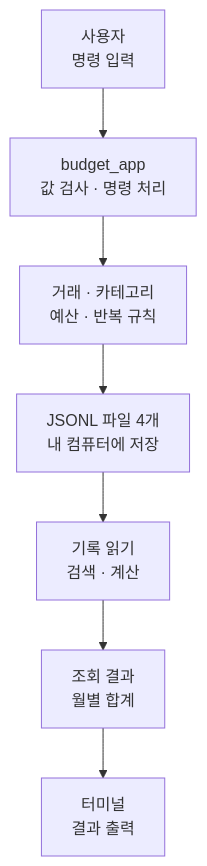
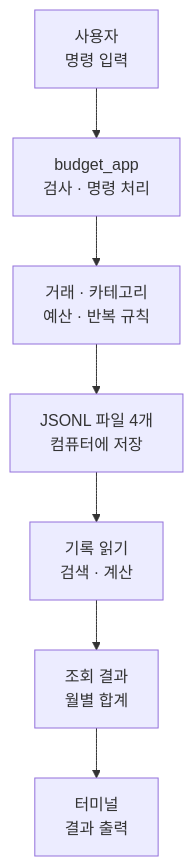
One commit to Cerhovah/Codyssey_Mission_B2-1 changed the first of 9 diagrams in README.md. Above: the diagram before and after it, drawn with Mermaid. The commit also changed other lines of this file, not shown here.

First line of the commit message:
docs: 구조도에서 단어가 갈라지는 줄바꿈 정리

````diff
--- a/README.md
+++ b/README.md
@@ -13,9 +13,9 @@
 ```mermaid
 flowchart TD
-    User["사용자<br/>명령 입력"] --> App["budget_app<br/>값 검사 · 명령 처리"]
+    User["사용자<br/>명령 입력"] --> App["budget_app<br/>검사 · 명령 처리"]
     App --> Save["거래 · 카테고리<br/>예산 · 반복 규칙"]
-    Save --> Files["JSONL 파일 4개<br/>내 컴퓨터에 저장"]
+    Save --> Files["JSONL 파일 4개<br/>컴퓨터에 저장"]
     Files --> Read["기록 읽기<br/>검색 · 계산"]
     Read --> Result["조회 결과<br/>월별 합계"]
     Result --> Screen["터미널<br/>결과 출력"]
 ```
````
